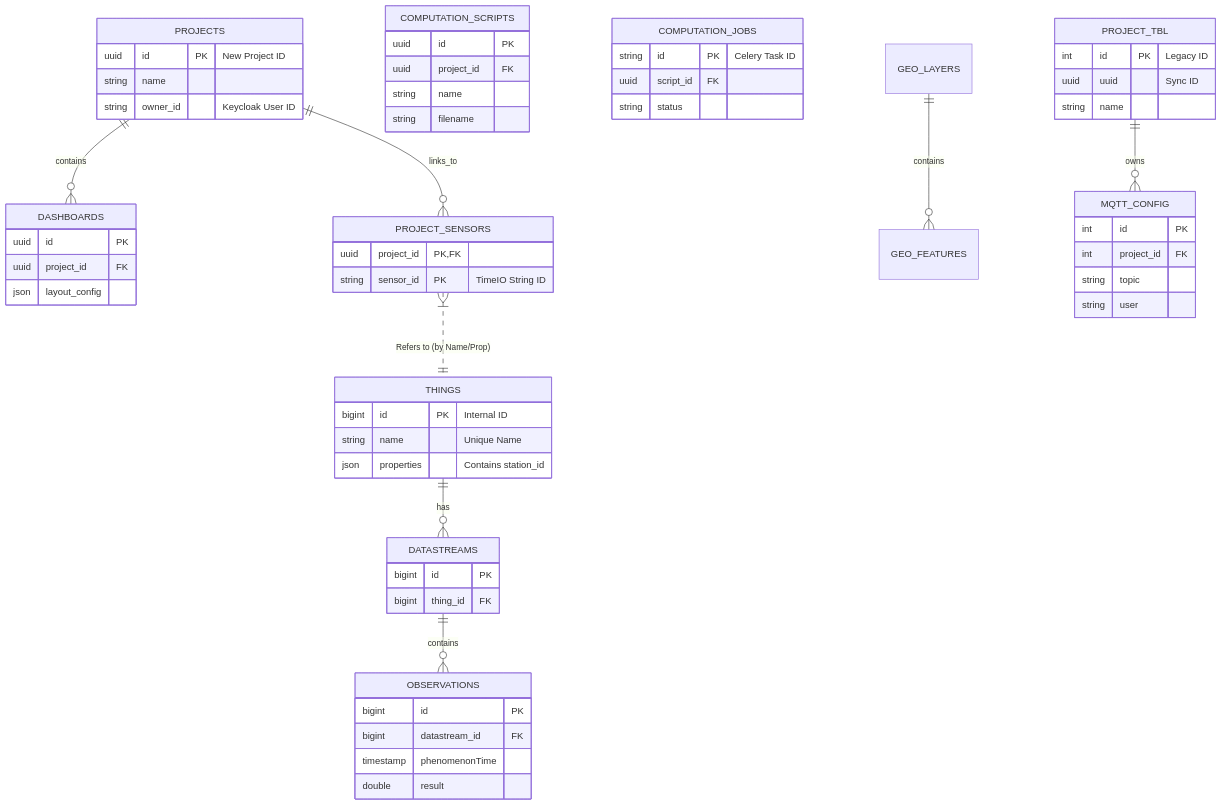
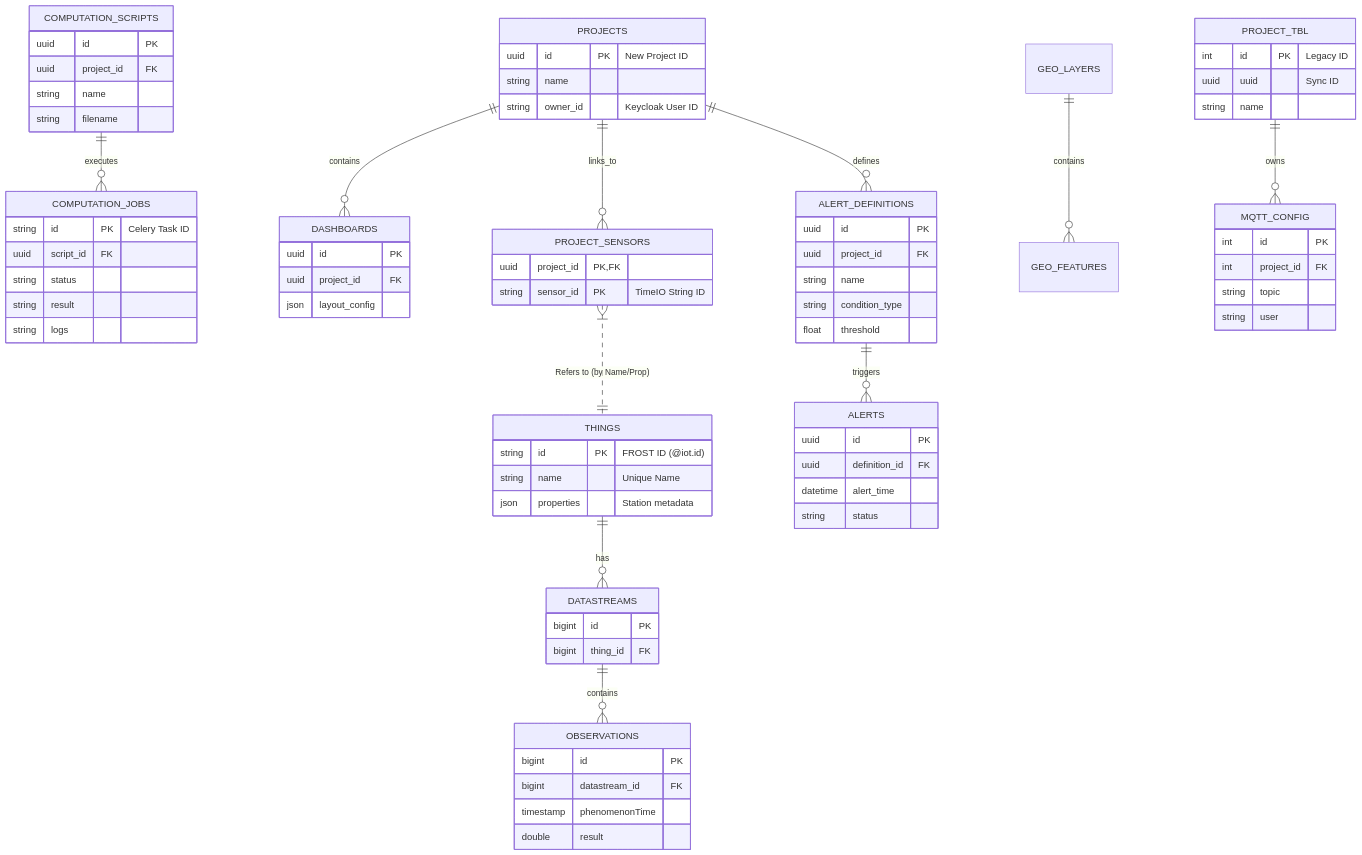
The first of 2 diagrams in README.md (Siki-ux/water_dp), drawn with Mermaid before and after one commit. The commit also changed other lines of this file and 38 other files, not shown here.

```diff
--- a/README.md
+++ b/README.md
@@ -143,6 +147,23 @@
         string id PK "Celery Task ID"
         uuid script_id FK
         string status
+        string result
+        string logs
+    }
+
+    ALERT_DEFINITIONS {
+        uuid id PK
+        uuid project_id FK
+        string name
+        string condition_type
+        float threshold
+    }
+
+    ALERTS {
+        uuid id PK
+        uuid definition_id FK
+        datetime alert_time
+        string status
     }
     
     PROJECT_SENSORS {
@@ -168,9 +189,9 @@
 
     %% --- Domain: TimeIO / OGC (Data) ---
     THINGS {
-        bigint id PK "Internal ID"
+        string id PK "FROST ID (@iot.id)"
         string name "Unique Name"
-        json properties "Contains station_id"
+        json properties "Station metadata"
     }
     
     DATASTREAMS {
@@ -190,6 +211,13 @@
     %% App User Context
     PROJECTS ||--o{ DASHBOARDS : contains
     PROJECTS ||--o{ PROJECT_SENSORS : links_to
+    PROJECTS ||--o{ ALERT_DEFINITIONS : defines
+    
+    %% Computations
+    COMPUTATION_SCRIPTS ||--o{ COMPUTATION_JOBS : executes
+
+    %% Alerts
+    ALERT_DEFINITIONS ||--o{ ALERTS : triggers
     
     %% Logical Link: App -> TimeIO
     PROJECT_SENSORS }|..|| THINGS : "Refers to (by Name/Prop)"
```
